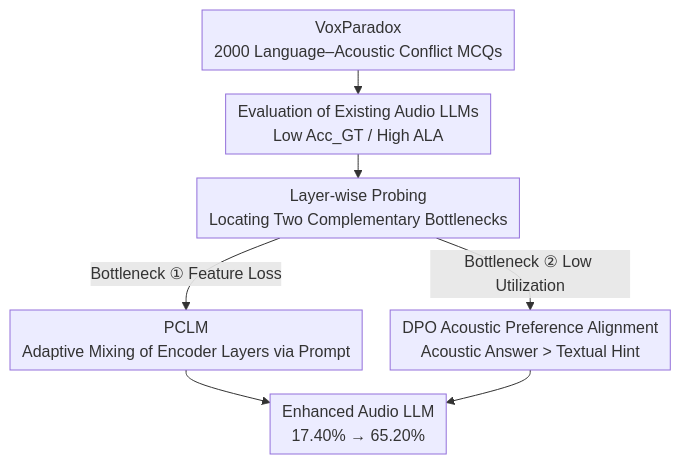
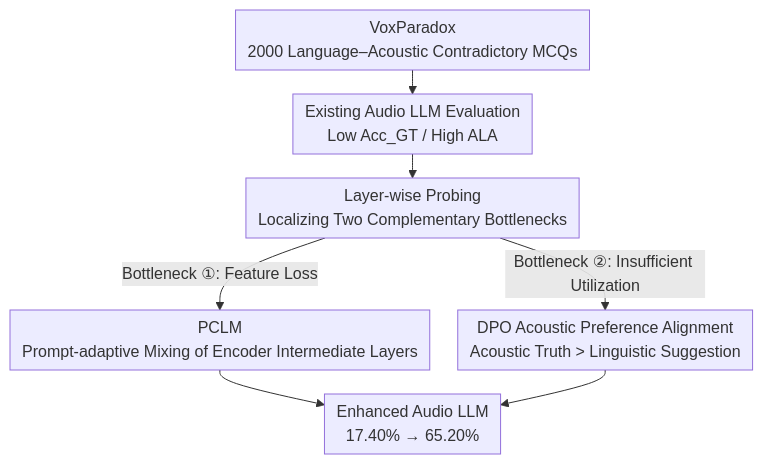
One commit to zhaoyang97/Paper-Notes-en changed the diagram in docs/ICML2026/audio_speech/do_audio_llms_listen_or_read_analyzing_and_mitigating_paralinguistic_failures_wi.md. Above: the diagram before and after it, drawn with Mermaid. The commit also changed other lines of this file and 5084 other files, not shown here.

````diff
--- a/docs/ICML2026/audio_speech/do_audio_llms_listen_or_read_analyzing_and_mitigating_paralinguistic_failures_wi.md
+++ b/docs/ICML2026/audio_speech/do_audio_llms_listen_or_read_analyzing_and_mitigating_paralinguistic_failures_wi.md
@@ -45,10 +45,10 @@
 ```mermaid
 %%{init: {'flowchart': {'rankSpacing': 24, 'nodeSpacing': 28, 'padding': 6, 'wrappingWidth': 400}}}%%
 flowchart TD
-    A["VoxParadox<br/>2000 Language–Acoustic Conflict MCQs"] --> B["Evaluation of Existing Audio LLMs<br/>Low Acc_GT / High ALA"]
-    B --> C["Layer-wise Probing<br/>Locating Two Complementary Bottlenecks"]
-    C -->|Bottleneck ① Feature Loss| D["PCLM<br/>Adaptive Mixing of Encoder Layers via Prompt"]
-    C -->|Bottleneck ② Low Utilization| E["DPO Acoustic Preference Alignment<br/>Acoustic Answer > Textual Hint"]
+    A["VoxParadox<br/>2000 Language–Acoustic Contradictory MCQs"] --> B["Existing Audio LLM Evaluation<br/>Low Acc_GT / High ALA"]
+    B --> C["Layer-wise Probing<br/>Localizing Two Complementary Bottlenecks"]
+    C -->|Bottleneck ①: Feature Loss| D["PCLM<br/>Prompt-adaptive Mixing of Encoder Intermediate Layers"]
+    C -->|Bottleneck ②: Insufficient Utilization| E["DPO Acoustic Preference Alignment<br/>Acoustic Truth > Linguistic Suggestion"]
     D --> F["Enhanced Audio LLM<br/>17.40% → 65.20%"]
     E --> F
 ```
````
